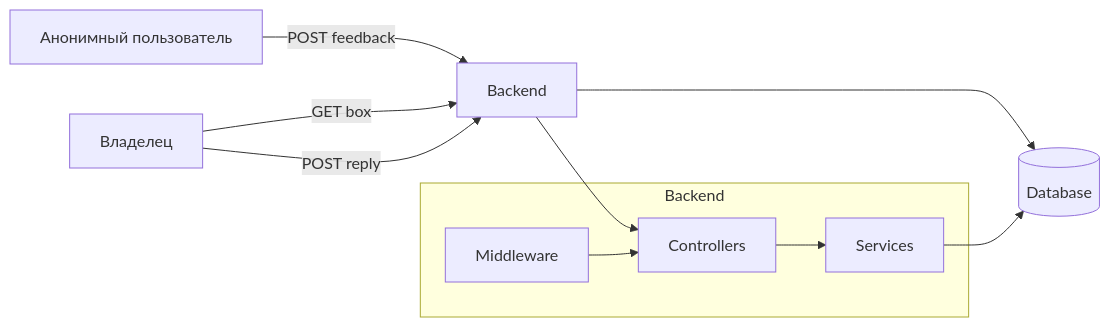
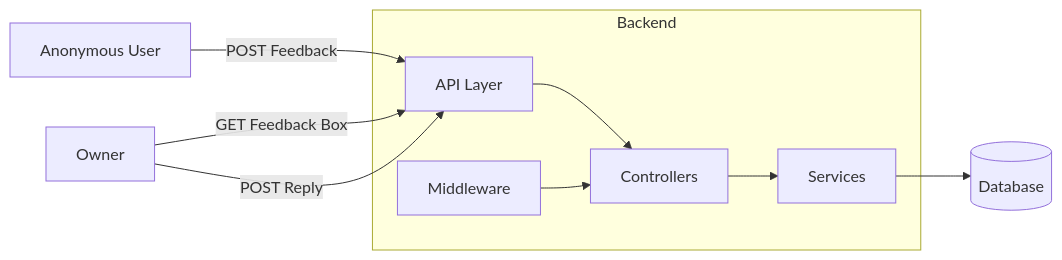
One commit to sqdylove/Information-system-for-collecting-anonymous-verified-reviews changed the diagram in README.md. Above: the diagram before and after it, drawn with Mermaid. The commit also changed other lines of this file, not shown here.

````diff
--- a/README.md
+++ b/README.md
@@ -33,21 +31,18 @@
 ```mermaid
 flowchart LR
-
-A[Анонимный пользователь] -->|POST feedback| B[Backend]
-
-C[Владелец] -->|GET box| B
-C -->|POST reply| B
-
-B --> D[(Database)]
-
-subgraph Backend
-    B1[Controllers]
-    B2[Services]
-    B3[Middleware]
-end
-
-B --> B1
-B1 --> B2
-B2 --> D
-B3 --> B1
+    U[Anonymous User]
+    O[Owner]
+    U -->|POST Feedback| API
+    O -->|GET Feedback Box| API
+    O -->|POST Reply| API
+    subgraph Backend
+        API[API Layer]
+        CTRL[Controllers]
+        SRV[Services]
+        MW[Middleware]
+    end
+    API --> CTRL
+    CTRL --> SRV
+    MW --> CTRL
+    SRV --> DB[(Database)]
 ```
````
